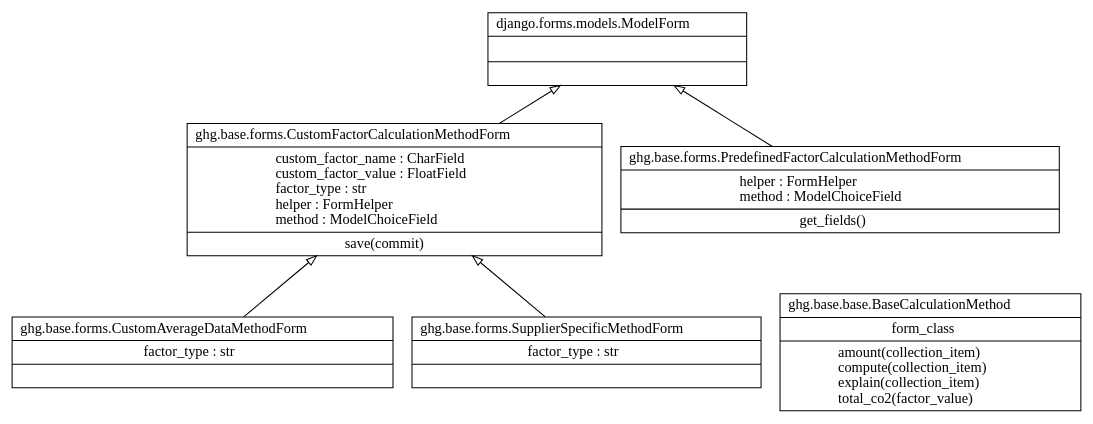
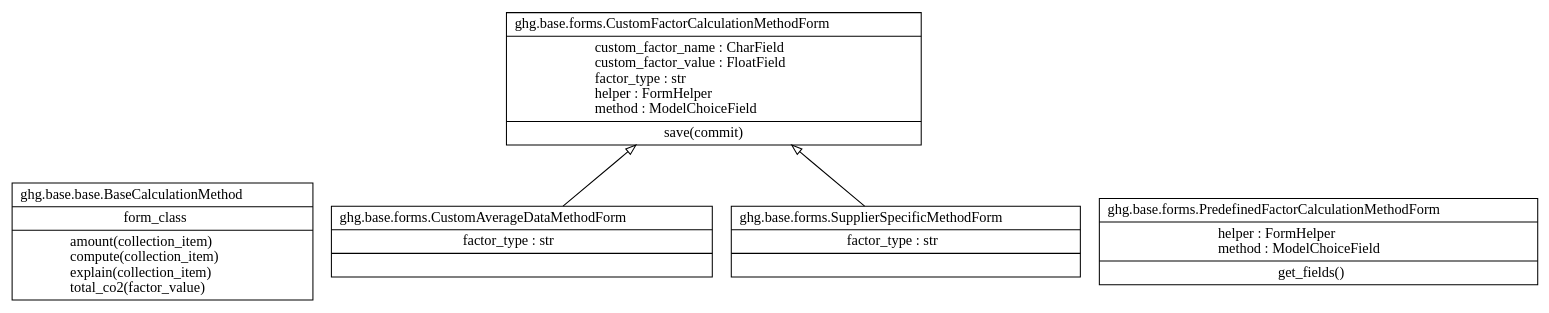
One commit to fingreen-ai/greenlang changed the diagram in calculations/ghg/base/classes.dot. Above: the diagram before and after it, drawn with Graphviz. The commit also changed 3 other files, not shown here.

Commit message:
Remove ModelForm references

```diff
--- a/calculations/ghg/base/classes.dot
+++ b/calculations/ghg/base/classes.dot
@@ -1,14 +1,11 @@
 digraph "classes" {
 rankdir=BT
 charset="utf-8"
-"django.forms.models.ModelForm" [color="black", fontcolor="black", label=<{django.forms.models.ModelForm|<br ALIGN="LEFT"/>|}>, shape="record", style="solid"];
 "ghg.base.base.BaseCalculationMethod" [color="black", fontcolor="black", label=<{ghg.base.base.BaseCalculationMethod|form_class<br ALIGN="LEFT"/>|amount(collection_item)<br ALIGN="LEFT"/>compute(collection_item)<br ALIGN="LEFT"/>explain(collection_item)<br ALIGN="LEFT"/>total_co2(factor_value)<br ALIGN="LEFT"/>}>, shape="record", style="solid"];
 "ghg.base.forms.CustomAverageDataMethodForm" [color="black", fontcolor="black", label=<{ghg.base.forms.CustomAverageDataMethodForm|factor_type : str<br ALIGN="LEFT"/>|}>, shape="record", style="solid"];
 "ghg.base.forms.CustomFactorCalculationMethodForm" [color="black", fontcolor="black", label=<{ghg.base.forms.CustomFactorCalculationMethodForm|custom_factor_name : CharField<br ALIGN="LEFT"/>custom_factor_value : FloatField<br ALIGN="LEFT"/>factor_type : str<br ALIGN="LEFT"/>helper : FormHelper<br ALIGN="LEFT"/>method : ModelChoiceField<br ALIGN="LEFT"/>|save(commit)<br ALIGN="LEFT"/>}>, shape="record", style="solid"];
 "ghg.base.forms.PredefinedFactorCalculationMethodForm" [color="black", fontcolor="black", label=<{ghg.base.forms.PredefinedFactorCalculationMethodForm|helper : FormHelper<br ALIGN="LEFT"/>method : ModelChoiceField<br ALIGN="LEFT"/>|get_fields()<br ALIGN="LEFT"/>}>, shape="record", style="solid"];
 "ghg.base.forms.SupplierSpecificMethodForm" [color="black", fontcolor="black", label=<{ghg.base.forms.SupplierSpecificMethodForm|factor_type : str<br ALIGN="LEFT"/>|}>, shape="record", style="solid"];
 "ghg.base.forms.CustomAverageDataMethodForm" -> "ghg.base.forms.CustomFactorCalculationMethodForm" [arrowhead="empty", arrowtail="none"];
-"ghg.base.forms.CustomFactorCalculationMethodForm" -> "django.forms.models.ModelForm" [arrowhead="empty", arrowtail="none"];
-"ghg.base.forms.PredefinedFactorCalculationMethodForm" -> "django.forms.models.ModelForm" [arrowhead="empty", arrowtail="none"];
 "ghg.base.forms.SupplierSpecificMethodForm" -> "ghg.base.forms.CustomFactorCalculationMethodForm" [arrowhead="empty", arrowtail="none"];
 }
```
